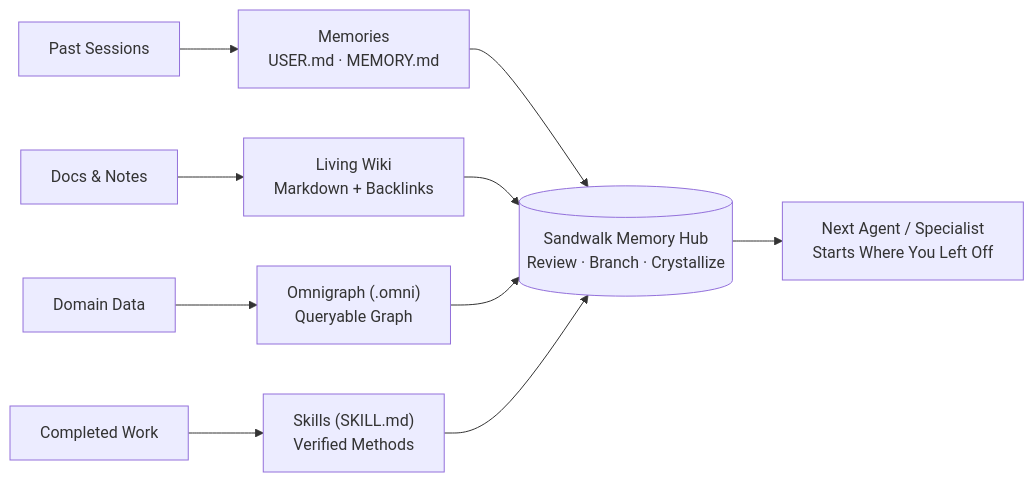
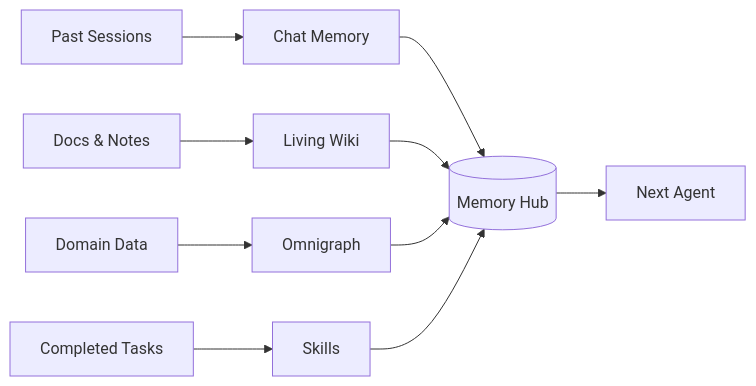
The second of 2 diagrams in README.md (fastfold-ai/sandwalk), drawn with Mermaid before and after one commit. The commit also changed other lines of this file, not shown here.

Commit message:
docs(readme): keep Mermaid diagram component titles short and clean
Why:
- Strip numbers, file extensions, and marketing copy out of Mermaid diagram nodes so every component box is a concise 1-3 word architectural label.

````diff
--- a/README.md
+++ b/README.md
@@ -109,10 +109,10 @@
 ```mermaid
 flowchart LR
-    S1["Past Sessions"] --> A1["Memories<br/>USER.md · MEMORY.md"]
-    S2["Docs & Notes"] --> A2["Living Wiki<br/>Markdown + Backlinks"]
-    S3["Domain Data"] --> A3["Omnigraph (.omni)<br/>Queryable Graph"]
-    S4["Completed Work"] --> A4["Skills (SKILL.md)<br/>Verified Methods"]
+    S1["Past Sessions"] --> A1["Chat Memory"]
+    S2["Docs & Notes"] --> A2["Living Wiki"]
+    S3["Domain Data"] --> A3["Omnigraph"]
+    S4["Completed Tasks"] --> A4["Skills"]
 
-    A1 & A2 & A3 & A4 --> Hub[("Sandwalk Memory Hub<br/>Review · Branch · Crystallize")]
-    Hub --> Next["Next Agent / Specialist<br/>Starts Where You Left Off"]
+    A1 & A2 & A3 & A4 --> Hub[("Memory Hub")]
+    Hub --> Next["Next Agent"]
 ```
````
